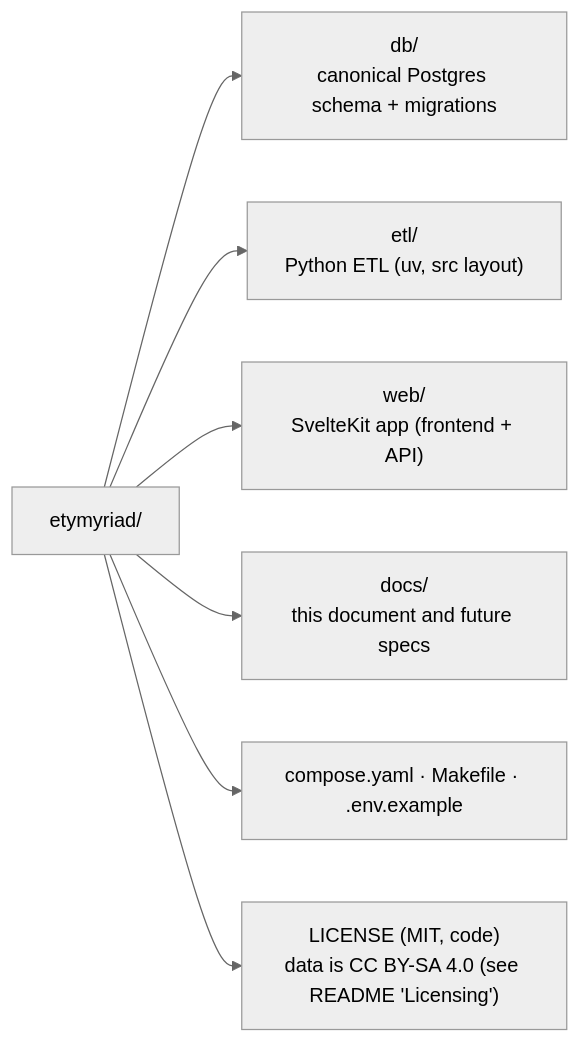
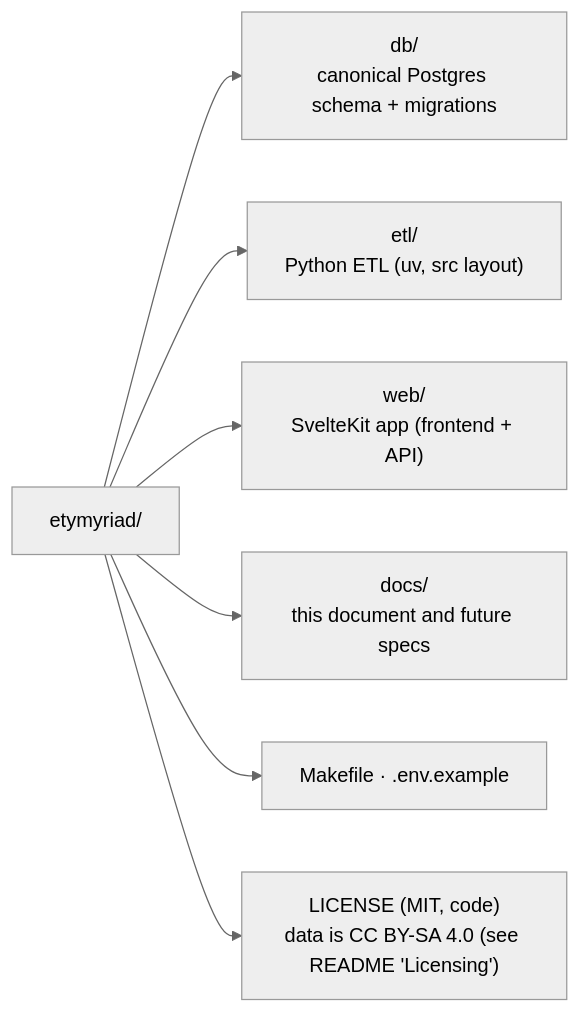
The second of 2 diagrams in docs/DESIGN.md (van-riper/etymyriad), drawn with Mermaid (neutral theme) before and after one commit. The commit also changed other lines of this file and 1 other file, not shown here.

Commit message:
chore: drop unused compose.yaml
Local dev Postgres now runs natively via systemctl, not a podman
container, so compose.yaml and its two doc mentions in DESIGN.md
were dead.

````diff
--- a/docs/DESIGN.md
+++ b/docs/DESIGN.md
@@ -127,10 +127,10 @@
 ```mermaid
 flowchart LR
     root["etymyriad/"]
     root --> db["db/<br/>canonical Postgres schema + migrations"]
     root --> etl["etl/<br/>Python ETL (uv, src layout)"]
     root --> web["web/<br/>SvelteKit app (frontend + API)"]
     root --> docs["docs/<br/>this document and future specs"]
-    root --> meta["compose.yaml · Makefile · .env.example"]
+    root --> meta["Makefile · .env.example"]
     root --> license["LICENSE (MIT, code)<br/>data is CC BY-SA 4.0 (see README 'Licensing')"]
 ```
````
